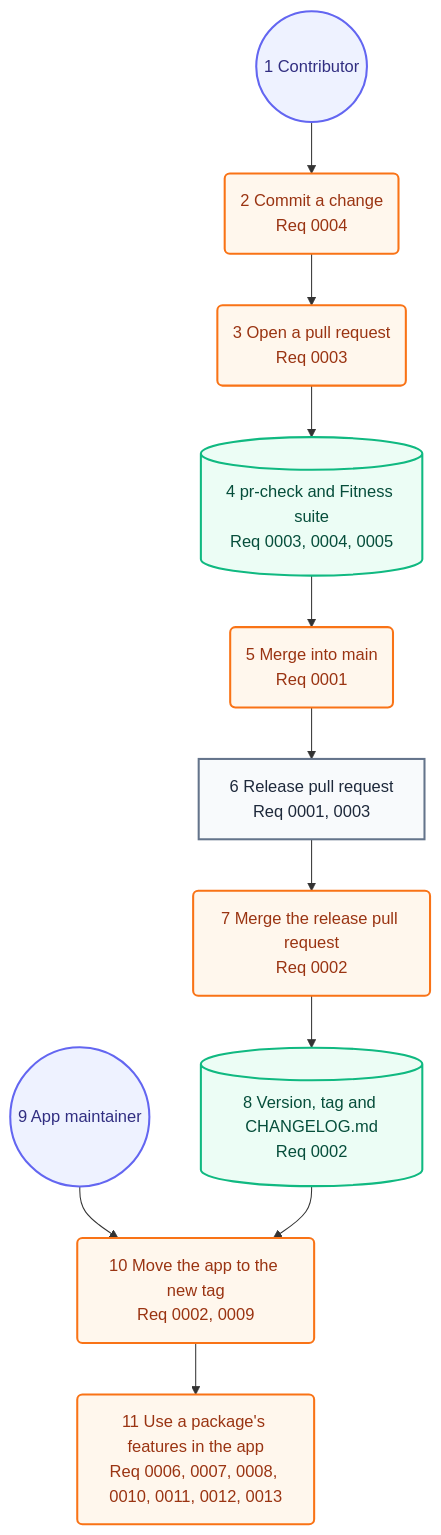
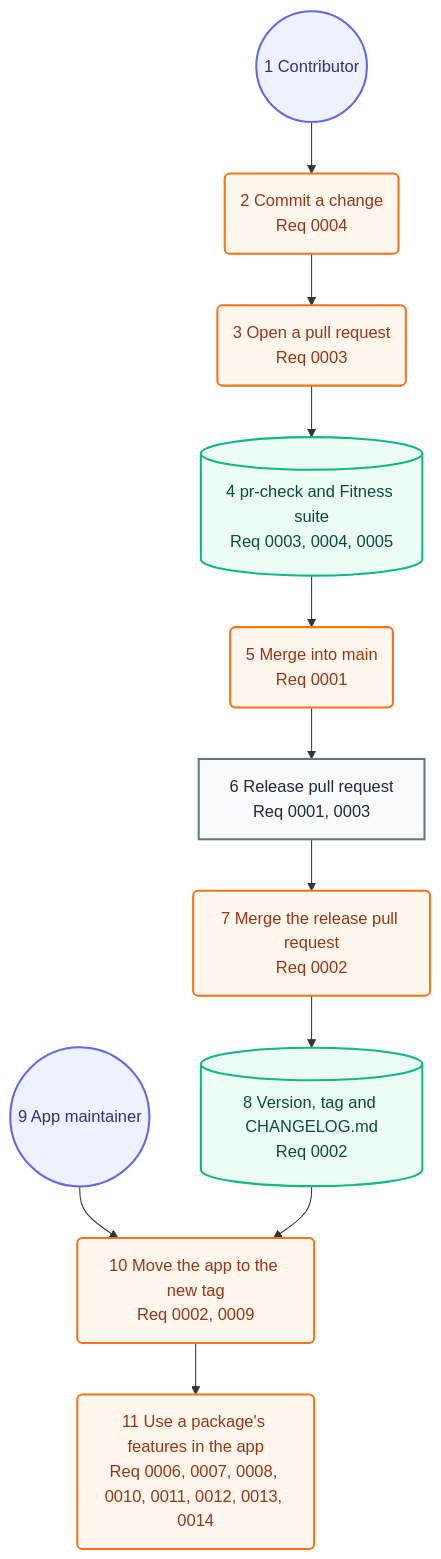
Before and after one commit to may-journal/common-swift: the second of 2 diagrams in docs/architecture/05-user-journey.md, drawn with Mermaid. The commit also changed 11 other files, not shown here.

````diff
--- a/docs/architecture/05-user-journey.md
+++ b/docs/architecture/05-user-journey.md
@@ -33,30 +33,30 @@
 ```mermaid
 flowchart TB
     contributor((1 Contributor)):::persona
     commit(2 Commit a change<br/>Req 0004):::action
     open(3 Open a pull request<br/>Req 0003):::action
     checks[(4 pr-check and Fitness suite<br/>Req 0003, 0004, 0005)]:::system
     merge(5 Merge into main<br/>Req 0001):::action
     releasePR[6 Release pull request<br/>Req 0001, 0003]:::screen
     release(7 Merge the release pull request<br/>Req 0002):::action
     tag[(8 Version, tag and CHANGELOG.md<br/>Req 0002)]:::system
     maintainer((9 App maintainer)):::persona
     update(10 Move the app to the new tag<br/>Req 0002, 0009):::action
-    adopt(11 Use a package's features in the app<br/>Req 0006, 0007, 0008, 0010, 0011, 0012, 0013):::action
+    adopt(11 Use a package's features in the app<br/>Req 0006, 0007, 0008, 0010, 0011, 0012, 0013, 0014):::action
 
     contributor --> commit
     commit --> open
     open --> checks
     checks --> merge
     merge --> releasePR
     releasePR --> release
     release --> tag
     maintainer --> update
     tag --> update
     update --> adopt
 
     classDef persona fill:#eef2ff,stroke:#6366f1,color:#312e81,stroke-width:2px
     classDef screen fill:#f8fafc,stroke:#64748b,color:#1e293b,stroke-width:2px
     classDef action fill:#fff7ed,stroke:#f97316,color:#9a3412,stroke-width:2px
     classDef system fill:#ecfdf5,stroke:#10b981,color:#064e3b,stroke-width:2px
 ```
````
